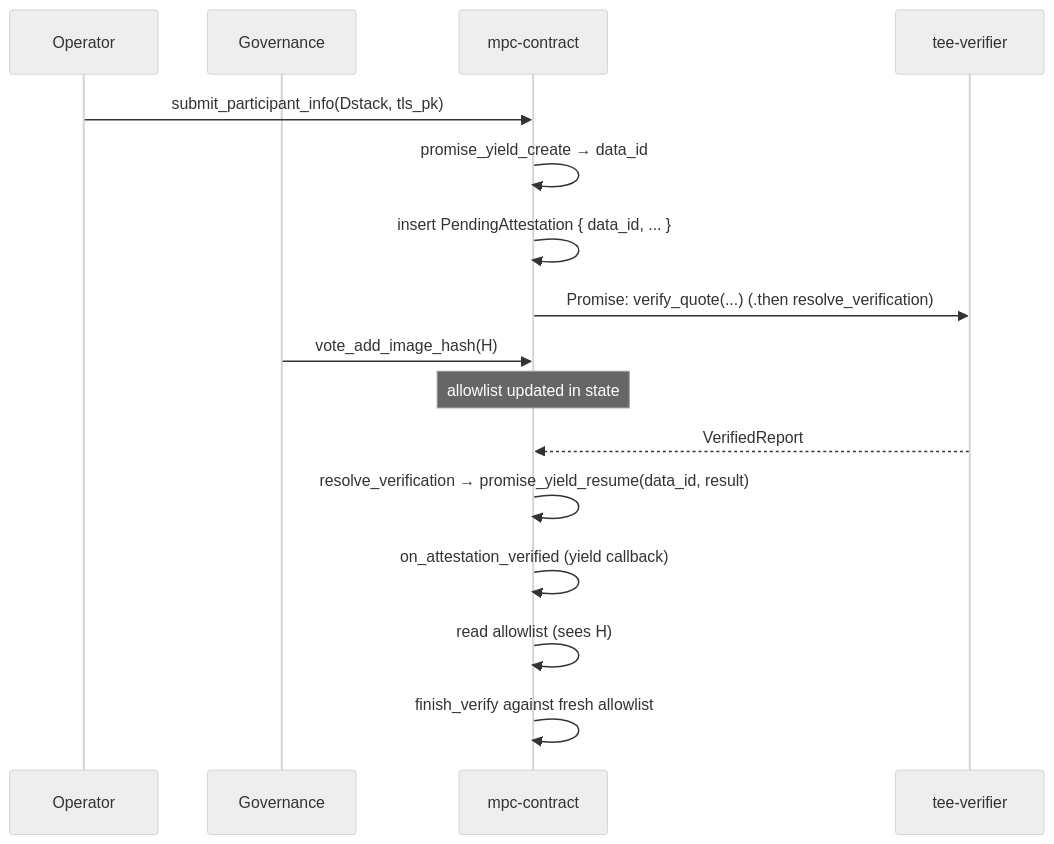
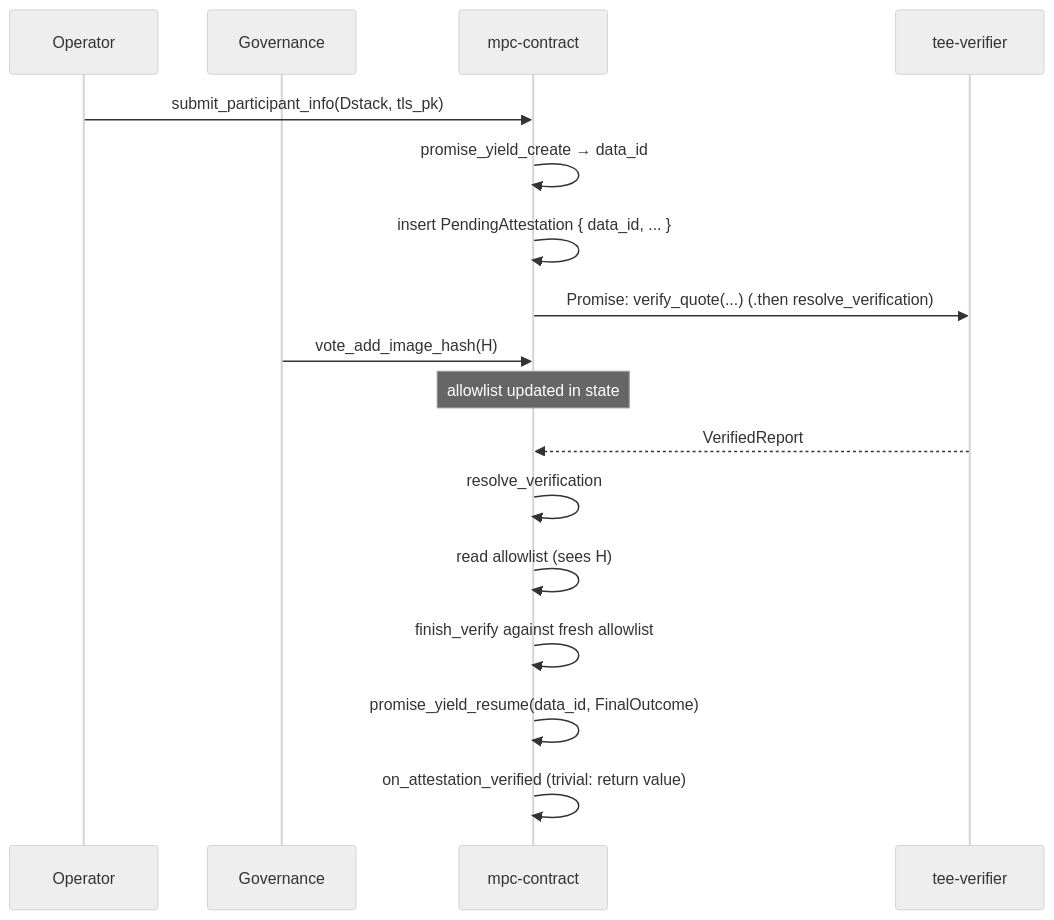
Before and after one commit to near/mpc: the fourth of 6 diagrams in docs/design/attestation-verifier-contract.md, drawn with Mermaid (neutral theme). The commit also changed other lines of this file, not shown here.

First line of the commit message:
docs(design): move post-DCAP work out of the yield-callback

````diff
--- a/docs/design/attestation-verifier-contract.md
+++ b/docs/design/attestation-verifier-contract.md
@@ -139,21 +153,22 @@
 ```mermaid
 sequenceDiagram
     participant Op as Operator
     participant Gov as Governance
     participant MPC as mpc-contract
     participant Ver as tee-verifier
 
     Op->>MPC: submit_participant_info(Dstack, tls_pk)
     MPC->>MPC: promise_yield_create → data_id
     MPC->>MPC: insert PendingAttestation { data_id, ... }
     MPC->>Ver: Promise: verify_quote(...) (.then resolve_verification)
 
     Gov->>MPC: vote_add_image_hash(H)
     Note over MPC: allowlist updated in state
 
     Ver-->>MPC: VerifiedReport
-    MPC->>MPC: resolve_verification → promise_yield_resume(data_id, result)
-    MPC->>MPC: on_attestation_verified (yield callback)
+    MPC->>MPC: resolve_verification
     MPC->>MPC: read allowlist (sees H)
     MPC->>MPC: finish_verify against fresh allowlist
+    MPC->>MPC: promise_yield_resume(data_id, FinalOutcome)
+    MPC->>MPC: on_attestation_verified (trivial: return value)
 ```
````
